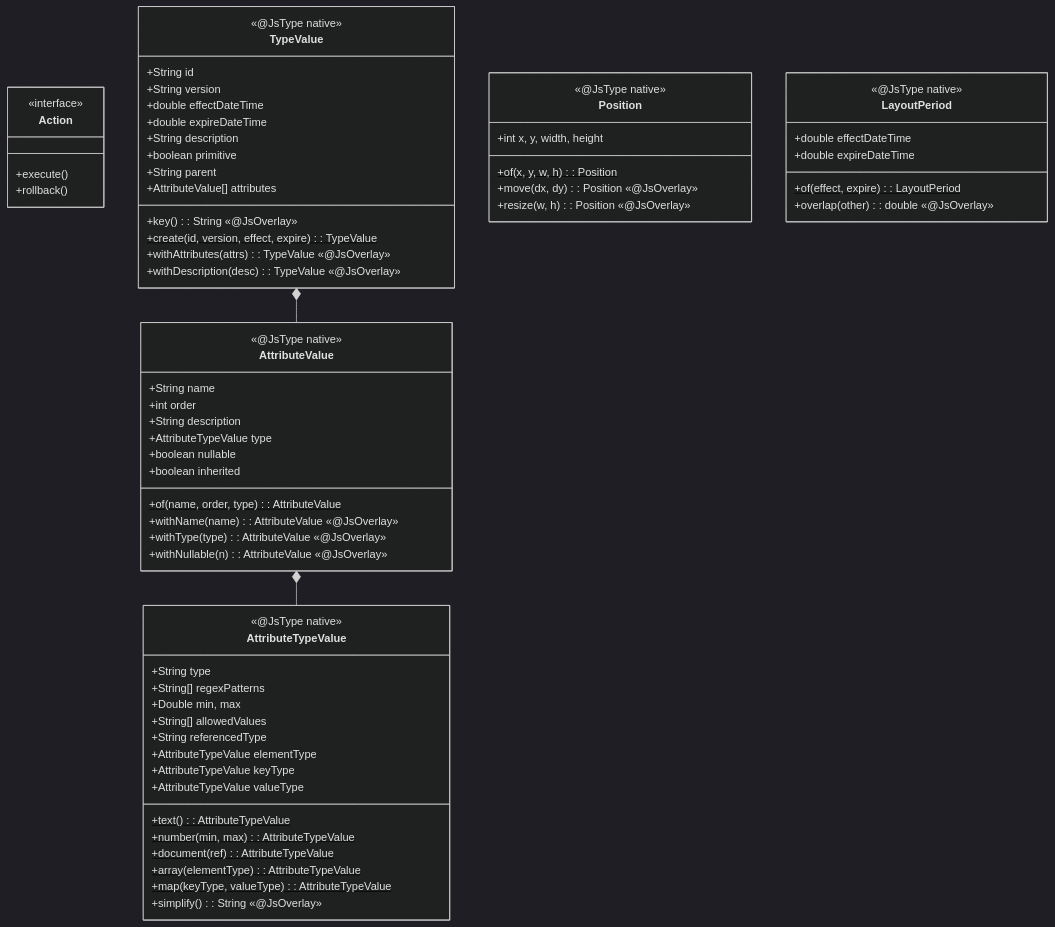
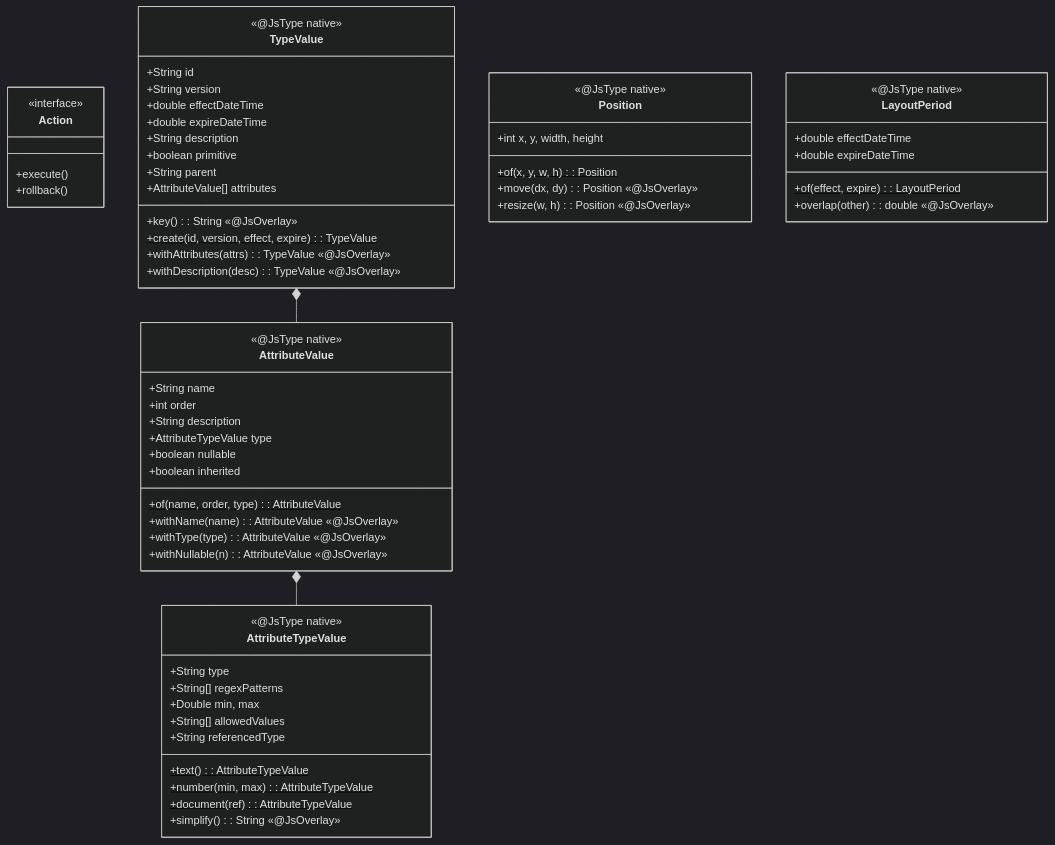
Before and after one commit to sayaya1090/handbook: the first of 10 diagrams in type-ui/CLASS-DIAGRAM.md, drawn with Mermaid (dark theme). The commit also changed other lines of this file and 645 other files, not shown here.

````diff
--- a/type-ui/CLASS-DIAGRAM.md
+++ b/type-ui/CLASS-DIAGRAM.md
@@ -5,70 +5,65 @@
 ```mermaid
 classDiagram
     class Action {
         <<interface>>
         +execute()
         +rollback()
     }
     class TypeValue {
         <<@JsType native>>
         +String id
         +String version
         +double effectDateTime
         +double expireDateTime
         +String description
         +boolean primitive
         +String parent
         +AttributeValue[] attributes
         +key(): String «@JsOverlay»
         +create(id, version, effect, expire): TypeValue$
         +withAttributes(attrs): TypeValue «@JsOverlay»
         +withDescription(desc): TypeValue «@JsOverlay»
     }
     class AttributeValue {
         <<@JsType native>>
         +String name
         +int order
         +String description
         +AttributeTypeValue type
         +boolean nullable
         +boolean inherited
         +of(name, order, type): AttributeValue$
         +withName(name): AttributeValue «@JsOverlay»
         +withType(type): AttributeValue «@JsOverlay»
         +withNullable(n): AttributeValue «@JsOverlay»
     }
     class AttributeTypeValue {
         <<@JsType native>>
         +String type
         +String[] regexPatterns
         +Double min, max
         +String[] allowedValues
         +String referencedType
-        +AttributeTypeValue elementType
-        +AttributeTypeValue keyType
-        +AttributeTypeValue valueType
         +text(): AttributeTypeValue$
         +number(min, max): AttributeTypeValue$
         +document(ref): AttributeTypeValue$
-        +array(elementType): AttributeTypeValue$
-        +map(keyType, valueType): AttributeTypeValue$
         +simplify(): String «@JsOverlay»
     }
     class Position {
         <<@JsType native>>
         +int x, y, width, height
         +of(x, y, w, h): Position$
         +move(dx, dy): Position «@JsOverlay»
         +resize(w, h): Position «@JsOverlay»
     }
     class LayoutPeriod {
         <<@JsType native>>
         +double effectDateTime
         +double expireDateTime
         +of(effect, expire): LayoutPeriod$
         +overlap(other): double «@JsOverlay»
     }
 
     TypeValue *-- AttributeValue
     AttributeValue *-- AttributeTypeValue
 ```
````
